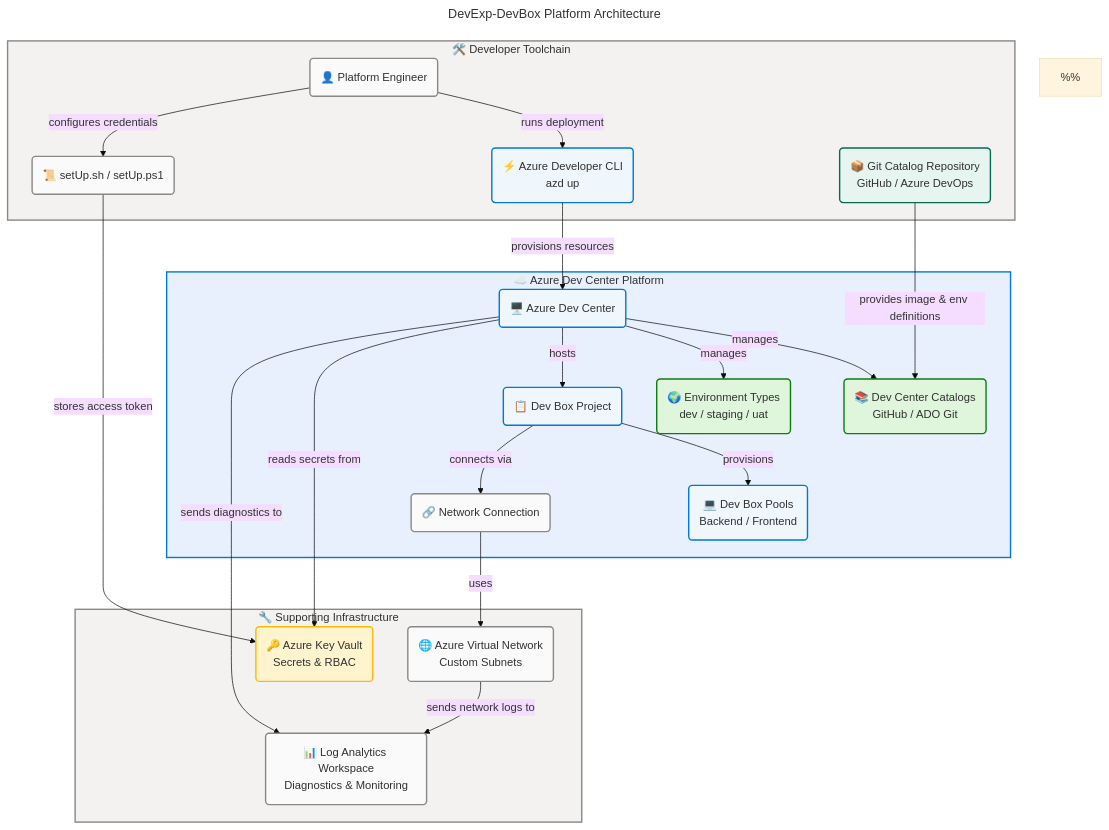
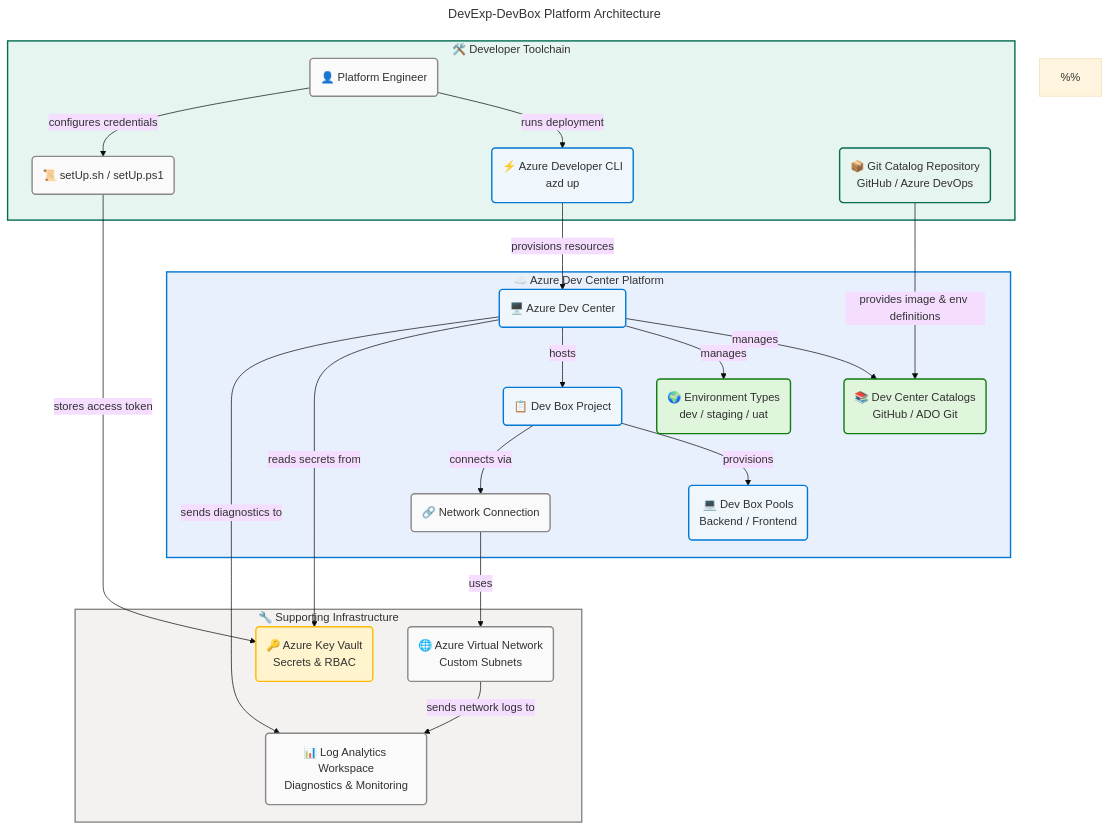
The diagram in README.md (Evilazaro/DevExp-DevBox), drawn with Mermaid before and after one commit.

Commit message:
Update flowchart styles in README.md for improved visual clarity; adjust colors for better differentiation.

```diff
--- a/README.md
+++ b/README.md
@@ -151,7 +151,7 @@
     NetConn -->|"uses"| VNet
     VNet -->|"sends network logs to"| LogAnalytics
 
-    style devtools fill:#F3F2F1,stroke:#8A8886,stroke-width:2px,color:#323130
+    style devtools fill:#E6F5F0,stroke:#036B52,stroke-width:2px,color:#323130
     style devcenter fill:#E8F0FE,stroke:#0078D4,stroke-width:2px,color:#323130
     style support fill:#F3F2F1,stroke:#8A8886,stroke-width:2px,color:#323130
 
```
